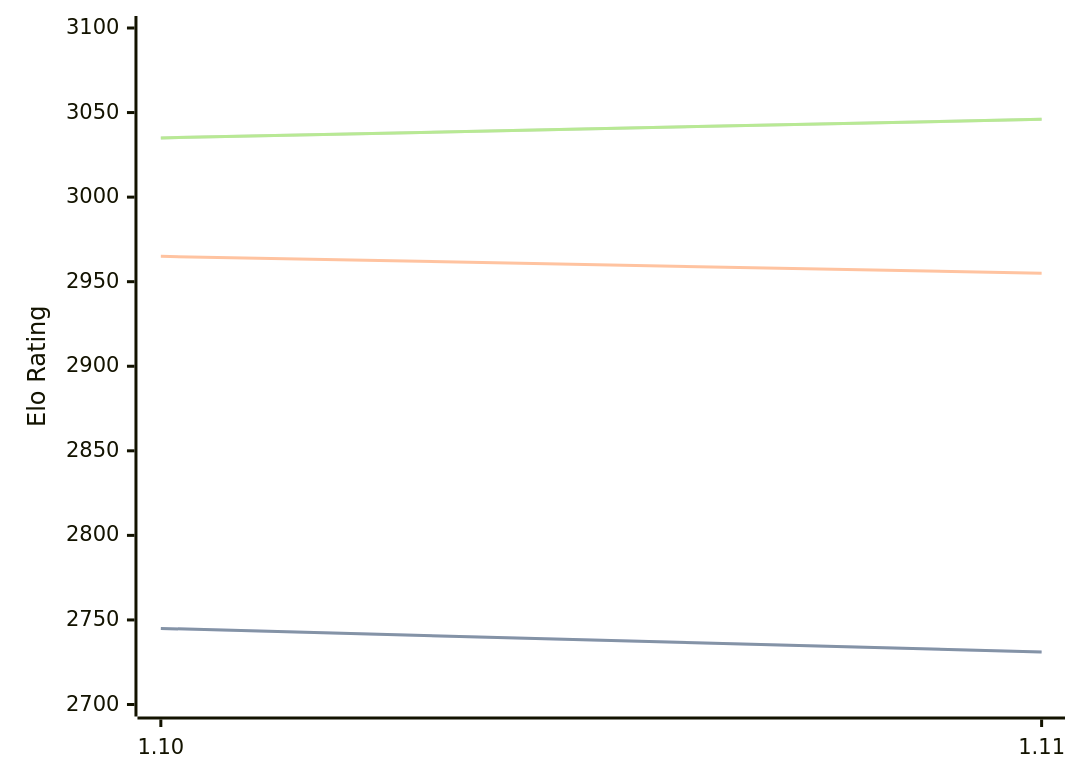
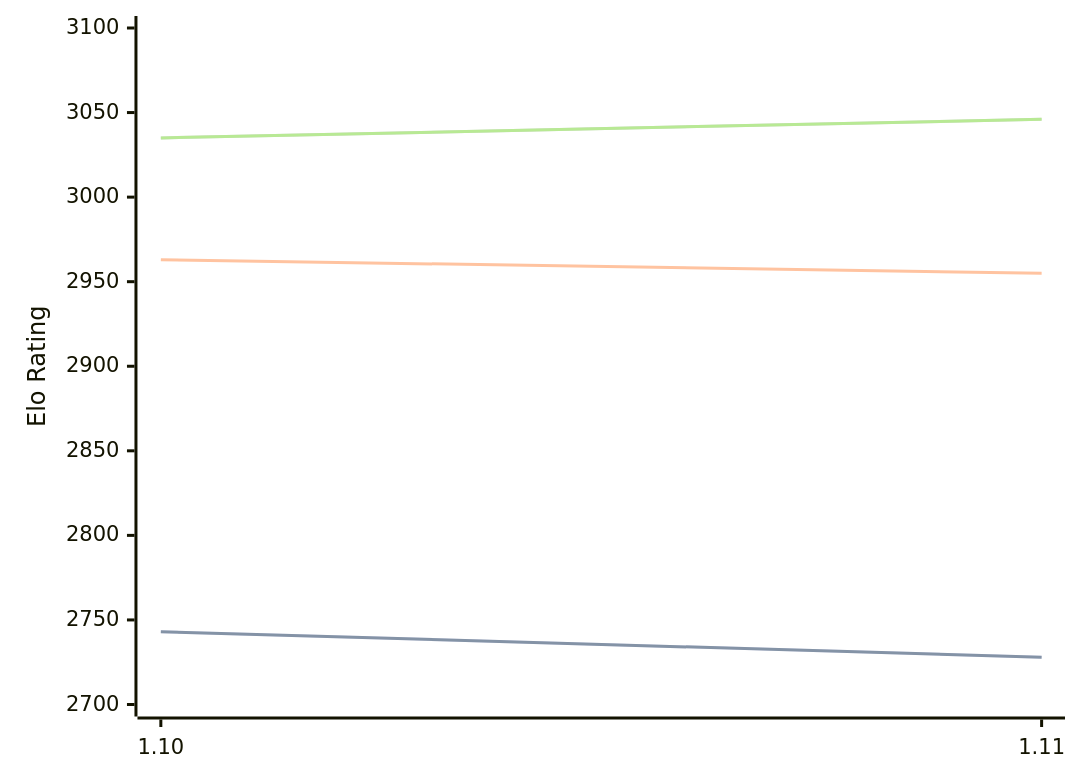
The diagram in engines/Roc.md (computer-chess-index/cci), drawn with Mermaid before and after one commit. The commit also changed other lines of this file, not shown here.

````diff
--- a/engines/Roc.md
+++ b/engines/Roc.md
@@ -42,11 +42,11 @@
 ```mermaid
 %%{init: {"theme":"base","themeVariables":{"seriesColors:['#a3a3a3','#222221','#faa371']}}}%%
 xychart-beta
   x-axis ["1.10", "1.11"]
   y-axis "Elo Rating" 2700 --> 3100
-  line "" [2745, 2731]
-  line "STC (8.0+0.08s)" [2745, 2731]
-  line "LTC (60.0+0.60s)" [2965, 2955]
+  line "" [2743, 2728]
+  line "STC (8.0+0.08s)" [2743, 2728]
+  line "LTC (60.0+0.60s)" [2963, 2955]
   line "" [3035, 3046]
   line "VLTC (2m24s+1.12s)" [3035, 3046]
 ```
````
